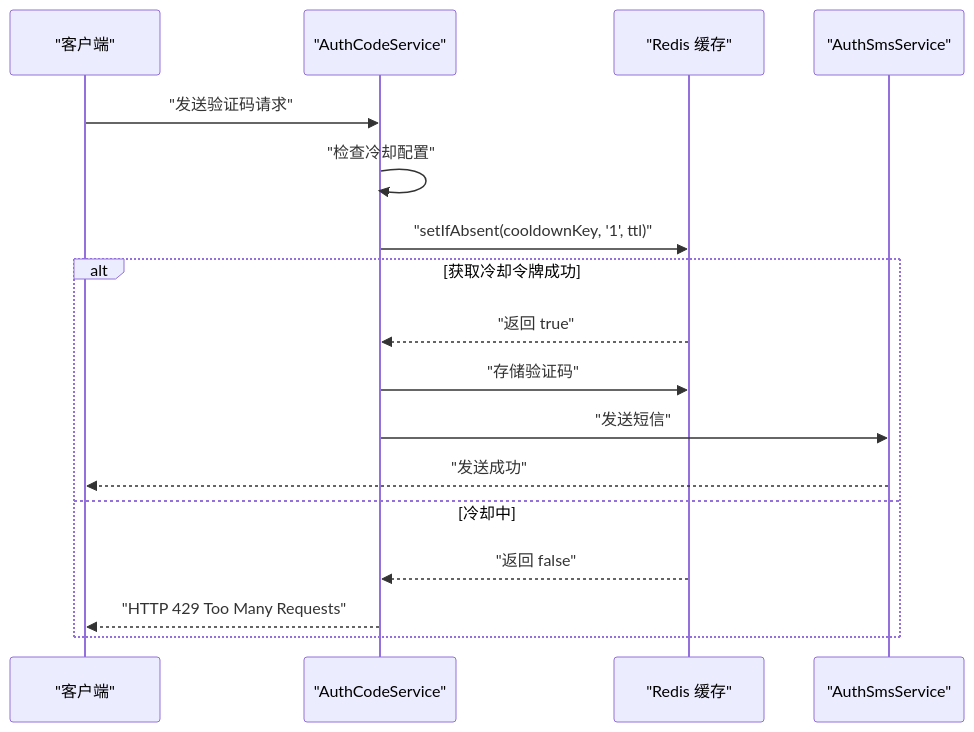
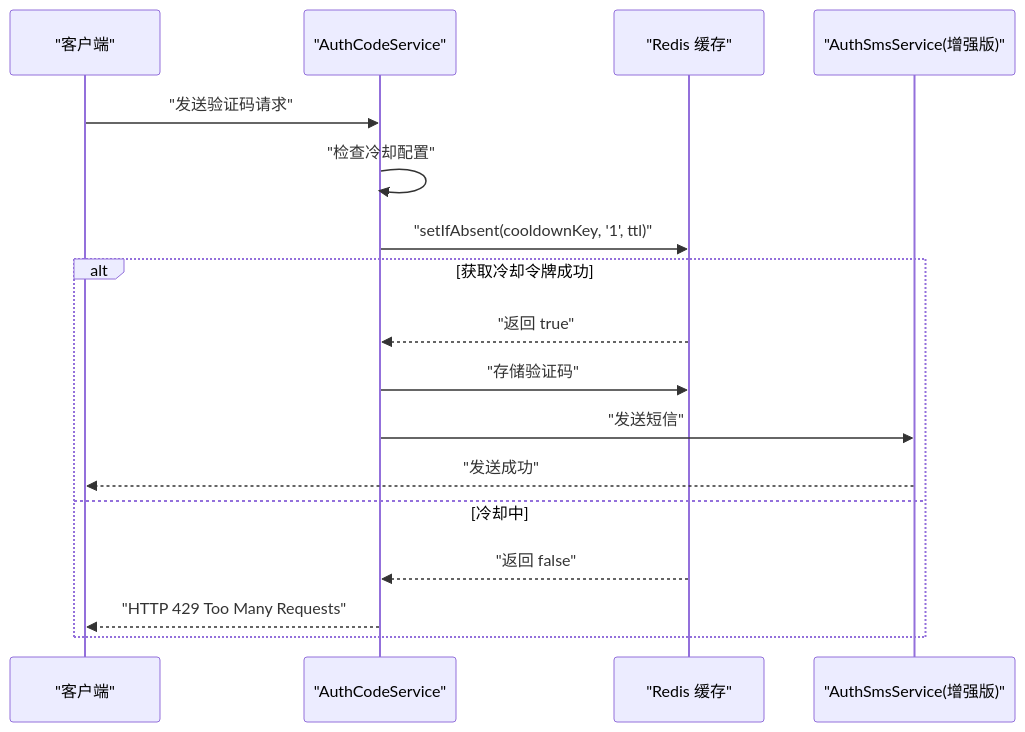
Diagram 13 of 17 in .qoder/repowiki/zh/content/认证授权系统/认证授权系统.md (rc558620/purelyprofit-server), drawn with Mermaid before and after one commit. The commit also changed other lines of this file and 56 other files, not shown here.

````diff
--- a/.qoder/repowiki/zh/content/认证授权系统/认证授权系统.md
+++ b/.qoder/repowiki/zh/content/认证授权系统/认证授权系统.md
@@ -771,19 +786,19 @@
 ```mermaid
 sequenceDiagram
 participant Client as "客户端"
 participant CodeSvc as "AuthCodeService"
 participant Redis as "Redis 缓存"
-participant SMSSvc as "AuthSmsService"
+participant SMSSvcEnhanced as "AuthSmsService(增强版)"
 Client->>CodeSvc : "发送验证码请求"
 CodeSvc->>CodeSvc : "检查冷却配置"
 CodeSvc->>Redis : "setIfAbsent(cooldownKey, '1', ttl)"
 alt 获取冷却令牌成功
 Redis-->>CodeSvc : "返回 true"
 CodeSvc->>Redis : "存储验证码"
-CodeSvc->>SMSSvc : "发送短信"
-SMSSvc-->>Client : "发送成功"
+CodeSvc->>SMSSvcEnhanced : "发送短信"
+SMSSvcEnhanced-->>Client : "发送成功"
 else 冷却中
 Redis-->>CodeSvc : "返回 false"
 CodeSvc-->>Client : "HTTP 429 Too Many Requests"
 end
 ```
````
